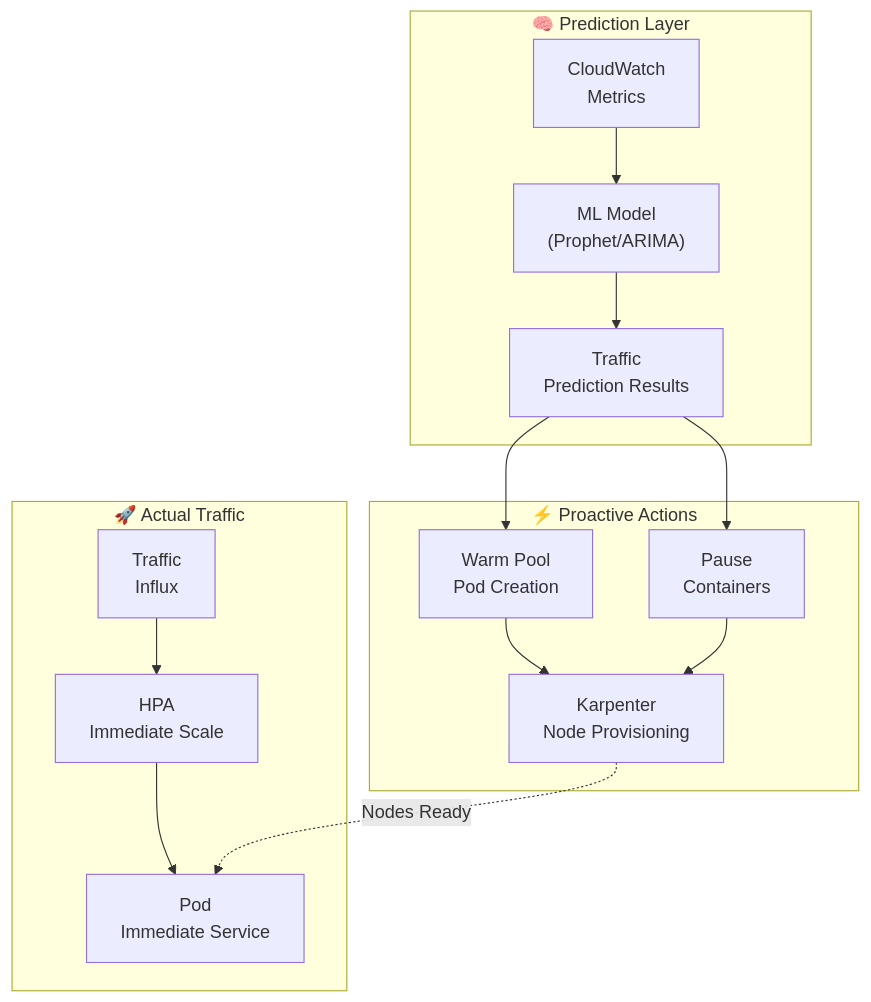
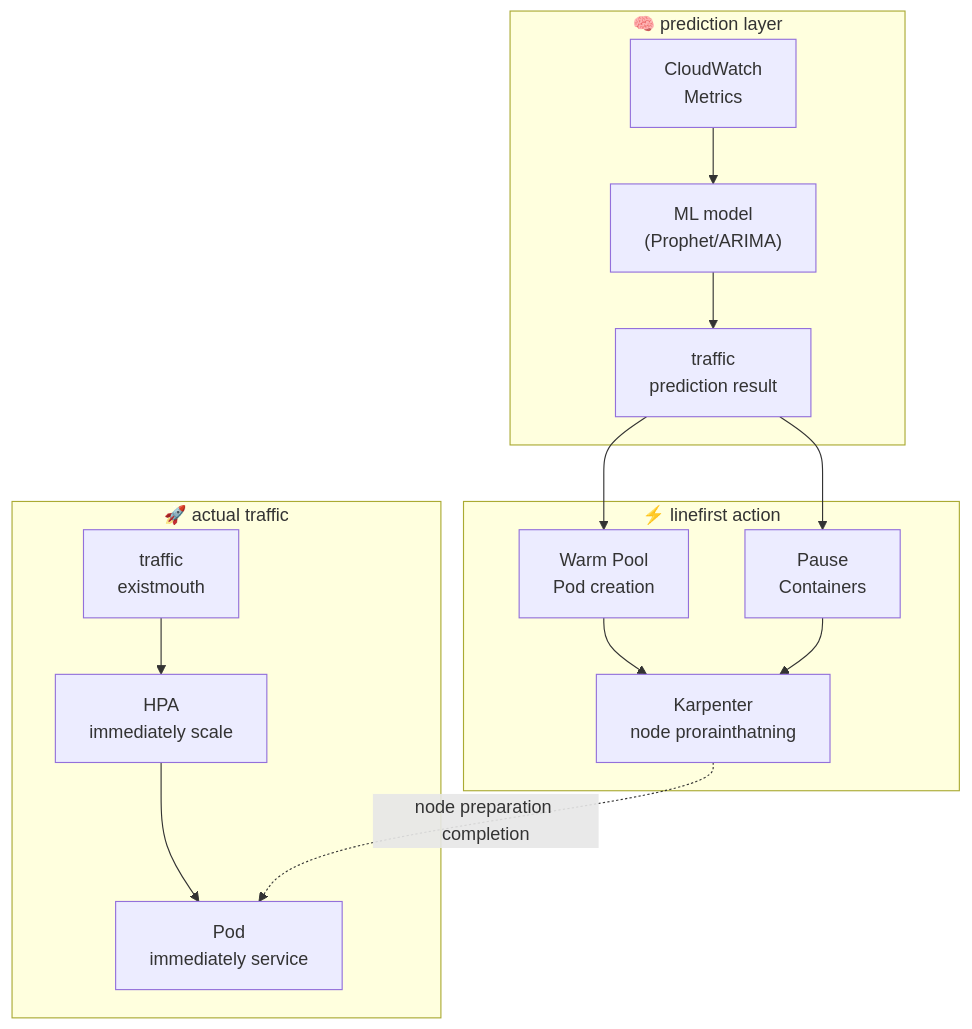
The second of 13 diagrams in i18n/en/docusaurus-plugin-content-docs/current/aiops-aidlc/aiops-predictive-operations.md (devfloor9/engineering-playbook), drawn with Mermaid before and after one commit. The commit also changed other lines of this file and 43 other files, not shown here.

````diff
--- a/i18n/en/docusaurus-plugin-content-docs/current/aiops-aidlc/aiops-predictive-operations.md
+++ b/i18n/en/docusaurus-plugin-content-docs/current/aiops-aidlc/aiops-predictive-operations.md
@@ -250,26 +649,26 @@
 ```mermaid
 graph TD
-    subgraph Prediction["🧠 Prediction Layer"]
-        CW_M["CloudWatch<br/>Metrics"]
-        ML["ML Model<br/>(Prophet/ARIMA)"]
-        PRED["Traffic<br/>Prediction Results"]
-    end
+subgraph Prediction["🧠 prediction layer"]
+CW_M["CloudWatch<br/>Metrics"]
+ML["ML model<br/>(Prophet/ARIMA)"]
+PRED["traffic<br/>prediction result"]
+end
 
-    subgraph Preemptive["⚡ Proactive Actions"]
-        WARM["Warm Pool<br/>Pod Creation"]
-        PAUSE["Pause<br/>Containers"]
-        KARP["Karpenter<br/>Node Provisioning"]
-    end
+subgraph Preemptive["⚡ linefirst action"]
+WARM["Warm Pool<br/>Pod creation"]
+PAUSE["Pause<br/>Containers"]
+KARP["Karpenter<br/>node prorainthatning"]
+end
 
-    subgraph Runtime["🚀 Actual Traffic"]
-        TRAFFIC["Traffic<br/>Influx"]
-        HPA2["HPA<br/>Immediate Scale"]
-        READY["Pod<br/>Immediate Service"]
-    end
+subgraph Runtime["🚀 actual traffic"]
+TRAFFIC["traffic<br/>existmouth"]
+HPA2["HPA<br/>immediately scale"]
+READY["Pod<br/>immediately service"]
+end
 
-    CW_M --> ML --> PRED
-    PRED --> WARM --> KARP
-    PRED --> PAUSE --> KARP
-    TRAFFIC --> HPA2 --> READY
-    KARP -.->|Nodes Ready| READY
+CW_M --> ML --> PRED
+PRED --> WARM --> KARP
+PRED --> PAUSE --> KARP
+TRAFFIC --> HPA2 --> READY
+KARP -.->|node preparation completion| READY
 ```
````
